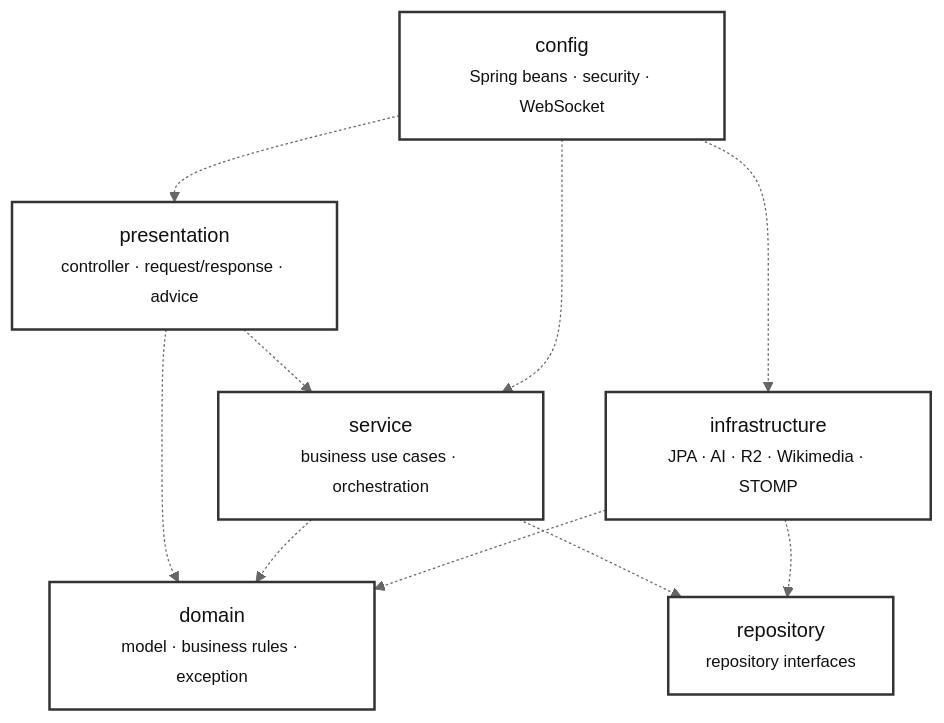
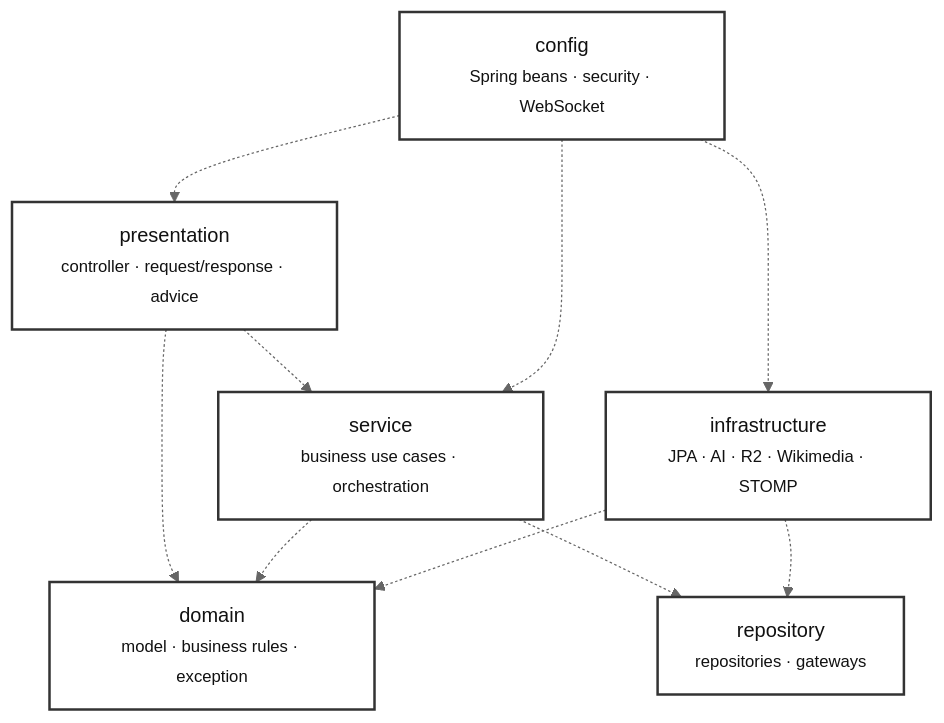
Before and after one commit to EduA-system/EduA-system: the first of 3 diagrams in designs/layered-architecture.md, drawn with Mermaid (neutral theme). The commit also changed other lines of this file, not shown here.

Commit message:
Update layered-architecture doc to match SDS package split

````diff
--- a/designs/layered-architecture.md
+++ b/designs/layered-architecture.md
@@ -9,22 +9,22 @@
 ```mermaid
 flowchart TB
     PRE["presentation<br/><small>controller · request/response · advice</small>"]
     SER["service<br/><small>business use cases · orchestration</small>"]
     DOM["domain<br/><small>model · business rules · exception</small>"]
-    REP["repository<br/><small>repository interfaces</small>"]
+    REP["repository<br/><small>repositories · gateways</small>"]
     INF["infrastructure<br/><small>JPA · AI · R2 · Wikimedia · STOMP</small>"]
     CFG["config<br/><small>Spring beans · security · WebSocket</small>"]
 
     PRE -.-> SER
     PRE -.-> DOM
     SER -.-> DOM
     SER -.-> REP
     INF -.-> REP
     INF -.-> DOM
     CFG -.-> PRE
     CFG -.-> SER
     CFG -.-> INF
 
     classDef package fill:#ffffff,stroke:#333333,stroke-width:2px,color:#111111;
     class PRE,SER,DOM,REP,INF,CFG package;
 ```
````
